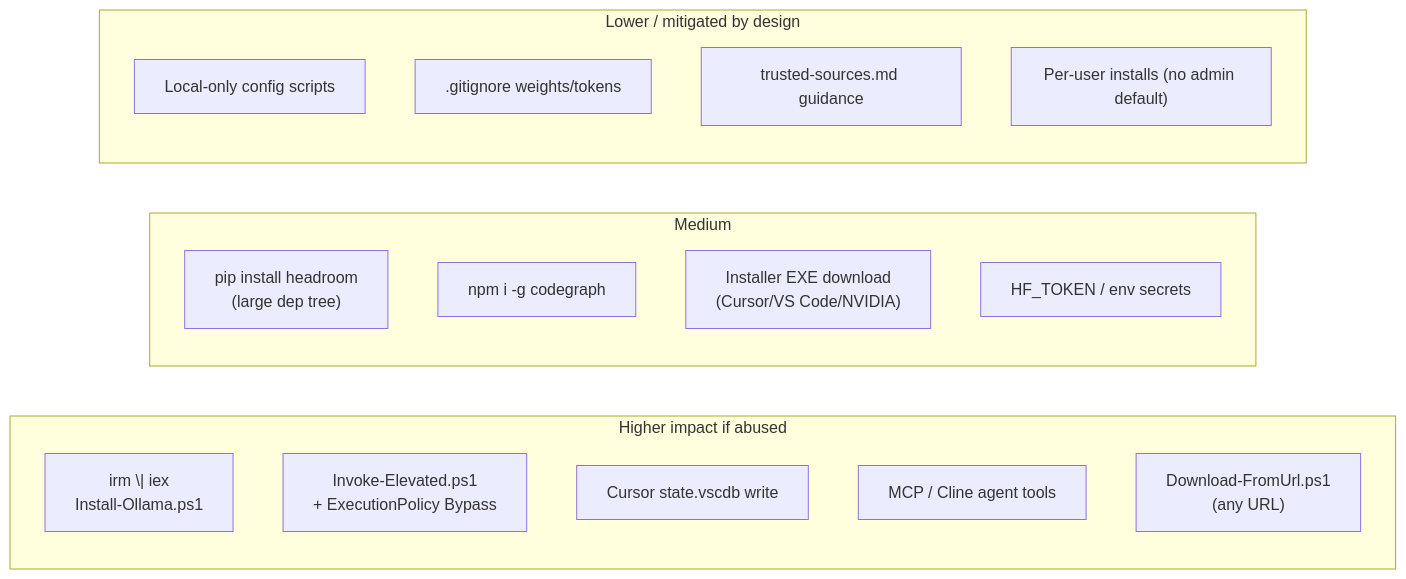
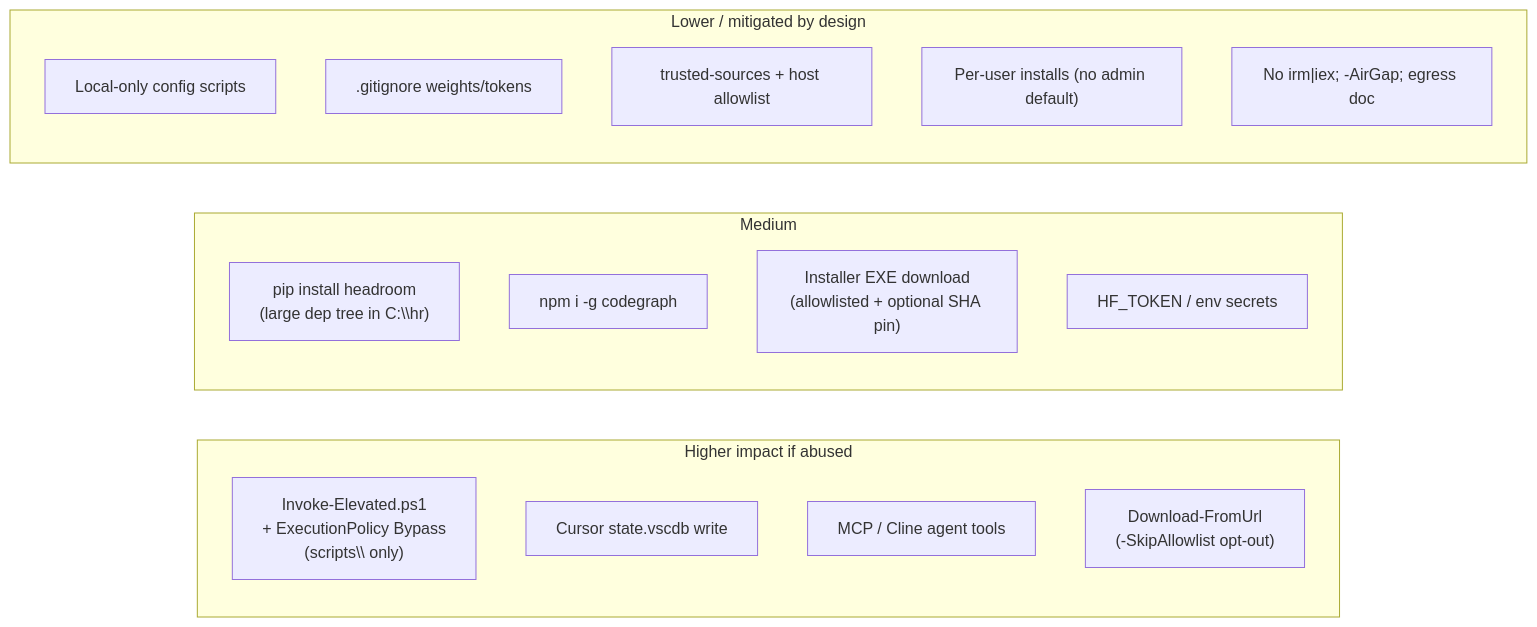
Before and after one commit to floradu88/local-llm-chat: the second of 3 diagrams in docs/infosec-swot.md, drawn with Mermaid. The commit also changed other lines of this file and 11 other files, not shown here.

First line of the commit message:
Align docs and READMEs with installer allowlists, AirGap, and egress hardening.

````diff
--- a/docs/infosec-swot.md
+++ b/docs/infosec-swot.md
@@ -71,24 +71,24 @@
 ```mermaid
 flowchart LR
   subgraph High["Higher impact if abused"]
-    A1["irm \| iex\nInstall-Ollama.ps1"]
-    A2["Invoke-Elevated.ps1\n+ ExecutionPolicy Bypass"]
+    A2["Invoke-Elevated.ps1\n+ ExecutionPolicy Bypass\n(scripts\\ only)"]
     A3["Cursor state.vscdb write"]
     A4["MCP / Cline agent tools"]
-    A5["Download-FromUrl.ps1\n(any URL)"]
+    A5["Download-FromUrl\n(-SkipAllowlist opt-out)"]
   end
 
   subgraph Med["Medium"]
-    B1["pip install headroom\n(large dep tree)"]
+    B1["pip install headroom\n(large dep tree in C:\\hr)"]
     B2["npm i -g codegraph"]
-    B3["Installer EXE download\n(Cursor/VS Code/NVIDIA)"]
+    B3["Installer EXE download\n(allowlisted + optional SHA pin)"]
     B4["HF_TOKEN / env secrets"]
   end
 
   subgraph Low["Lower / mitigated by design"]
     C1["Local-only config scripts"]
     C2[".gitignore weights/tokens"]
-    C3["trusted-sources.md guidance"]
+    C3["trusted-sources + host allowlist"]
     C4["Per-user installs (no admin default)"]
+    C5["No irm|iex; -AirGap; egress doc"]
   end
 ```
````
